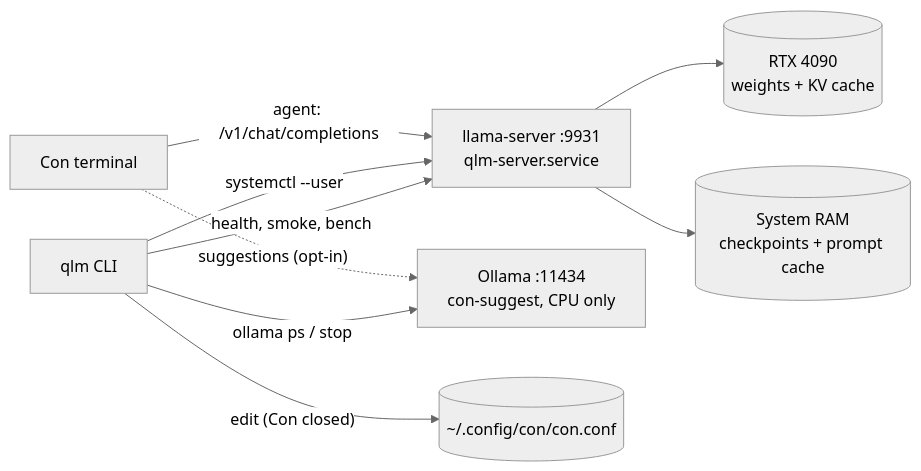
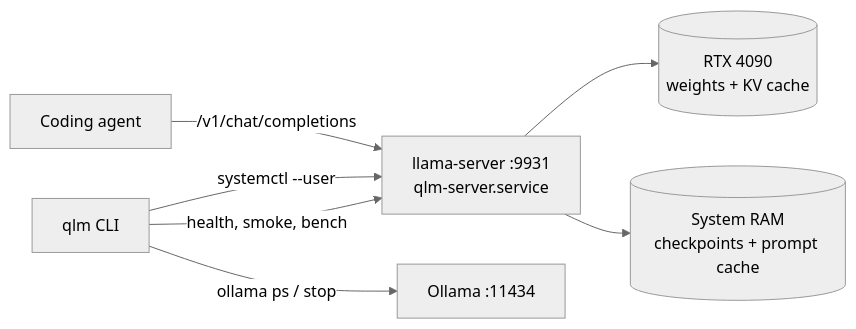
One commit to Towerism/qwen-local changed the diagram in docs/architecture.md. Above: the diagram before and after it, drawn with Mermaid (neutral theme). The commit also changed other lines of this file and 4 other files, not shown here.

````diff
--- a/docs/architecture.md
+++ b/docs/architecture.md
@@ -35,11 +34,9 @@
 ```mermaid
 flowchart LR
-    con[Con terminal] -- "agent: /v1/chat/completions" --> srv[llama-server :9931<br/>qlm-server.service]
-    con -. "suggestions (opt-in)" .-> oll[Ollama :11434<br/>con-suggest, CPU only]
+    agent[Coding agent] -- "/v1/chat/completions" --> srv[llama-server :9931<br/>qlm-server.service]
     qlm[qlm CLI] -- "systemctl --user" --> srv
     qlm -- "health, smoke, bench" --> srv
-    qlm -- "ollama ps / stop" --> oll
-    qlm -- "edit (Con closed)" --> conf[(~/.config/con/con.conf)]
+    qlm -- "ollama ps / stop" --> oll[Ollama :11434]
     srv --> gpu[(RTX 4090<br/>weights + KV cache)]
     srv --> ram[(System RAM<br/>checkpoints + prompt cache)]
 ```
````
